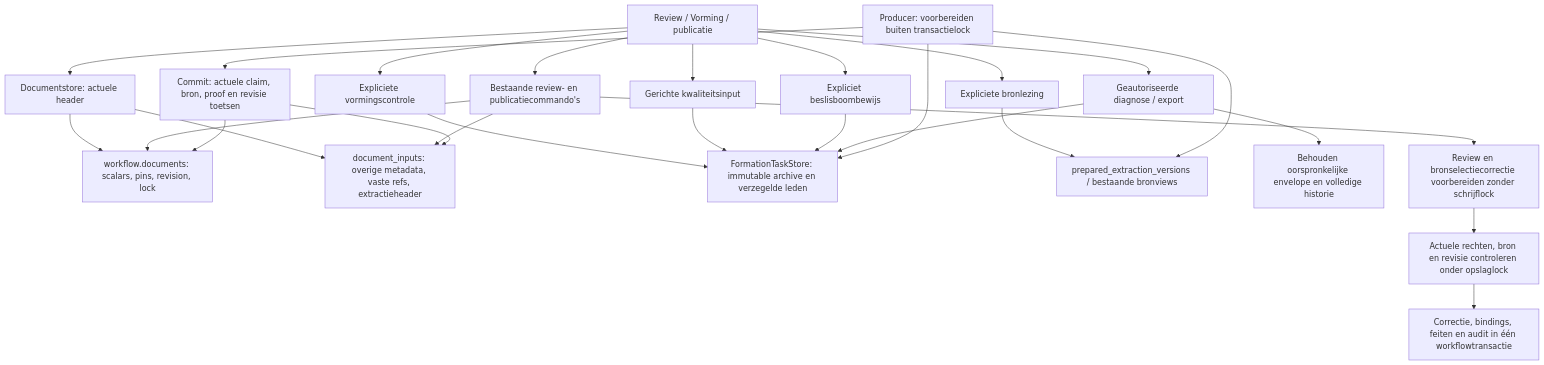
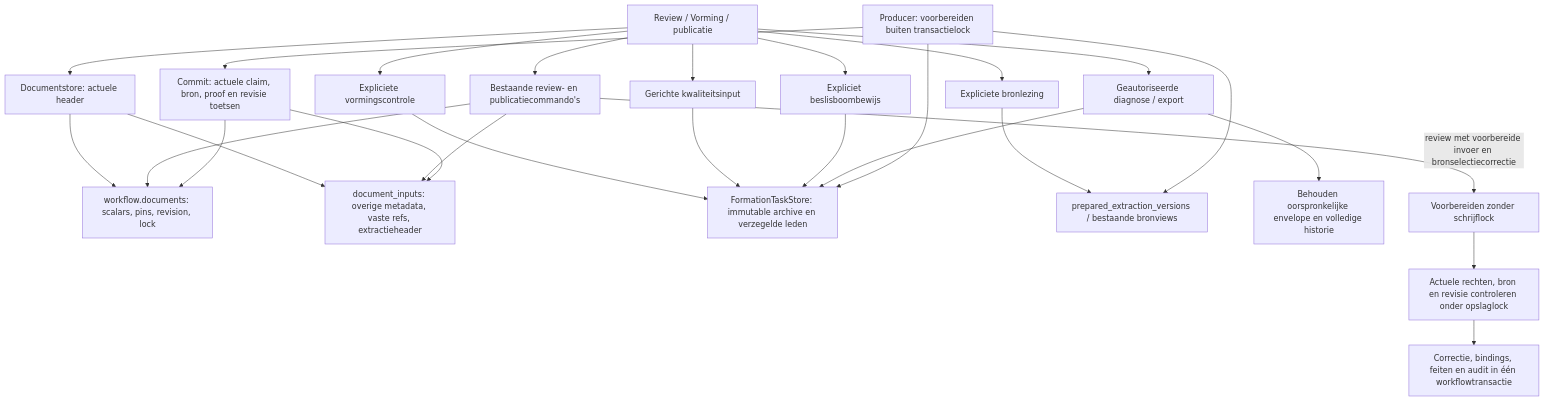
The diagram in docs/architecture/operational-document-inputs-950.md (WilliamGomes41/Metis-DS), drawn with Mermaid before and after one commit. The commit also changed 3 other files, not shown here.

````diff
--- a/docs/architecture/operational-document-inputs-950.md
+++ b/docs/architecture/operational-document-inputs-950.md
@@ -7,28 +7,28 @@
 ```mermaid
 flowchart TD
     UI[Review / Vorming / publicatie] --> D[Documentstore: actuele header]
     D --> ROW[workflow.documents: scalars, pins, revision, lock]
     D --> INPUTS[document_inputs: overige metadata, vaste refs, extractieheader]
     UI --> F[Expliciete vormingscontrole]
     UI --> Q[Gerichte kwaliteitsinput]
     UI --> S[Expliciete bronlezing]
     UI --> T[Expliciet beslisboombewijs]
     UI --> H[Geautoriseerde diagnose / export]
     F --> OWNER[FormationTaskStore: immutable archive en verzegelde leden]
     Q --> OWNER
     T --> OWNER
     S --> SOURCE[prepared_extraction_versions / bestaande bronviews]
     H --> OWNER
     H --> ORIGINAL[Behouden oorspronkelijke envelope en volledige historie]
     UI --> CMD[Bestaande review- en publicatiecommando's]
-    CMD --> PREP[Review en bronselectiecorrectie voorbereiden zonder schrijflock]
+    CMD -->|review met voorbereide invoer en bronselectiecorrectie| PREP[Voorbereiden zonder schrijflock]
     PREP --> GUARD[Actuele rechten, bron en revisie controleren onder opslaglock]
     GUARD --> COMMIT[Correctie, bindings, feiten en audit in één workflowtransactie]
     CMD --> ROW
     CMD --> INPUTS
     PRODUCER[Producer: voorbereiden buiten transactielock] --> OWNER
     PRODUCER --> SOURCE
     PRODUCER --> CAS[Commit: actuele claim, bron, proof en revisie toetsen]
     CAS --> ROW
     CAS --> INPUTS
 ```
````
